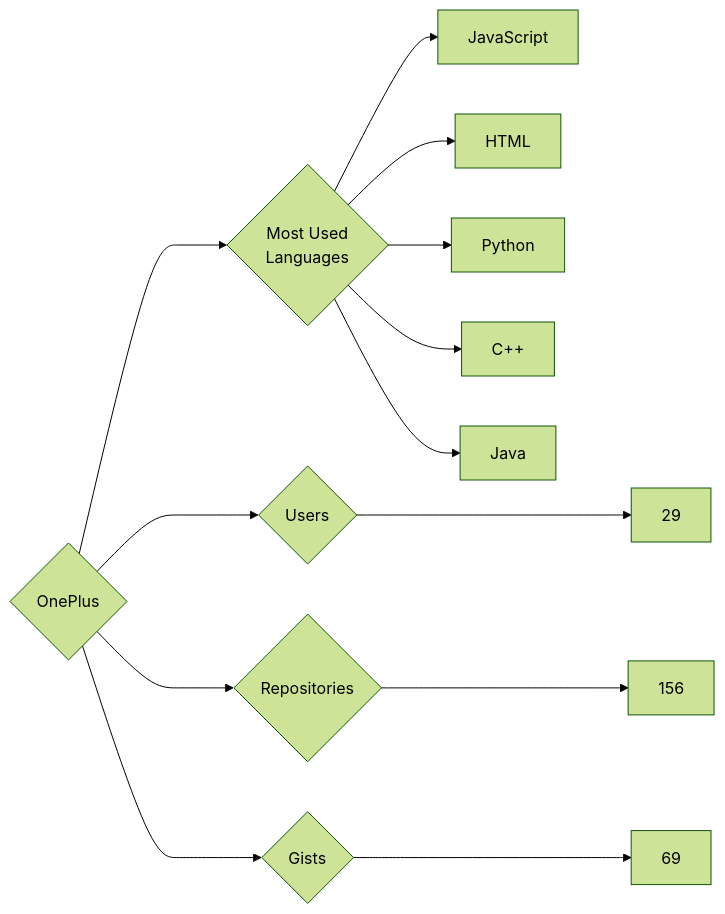
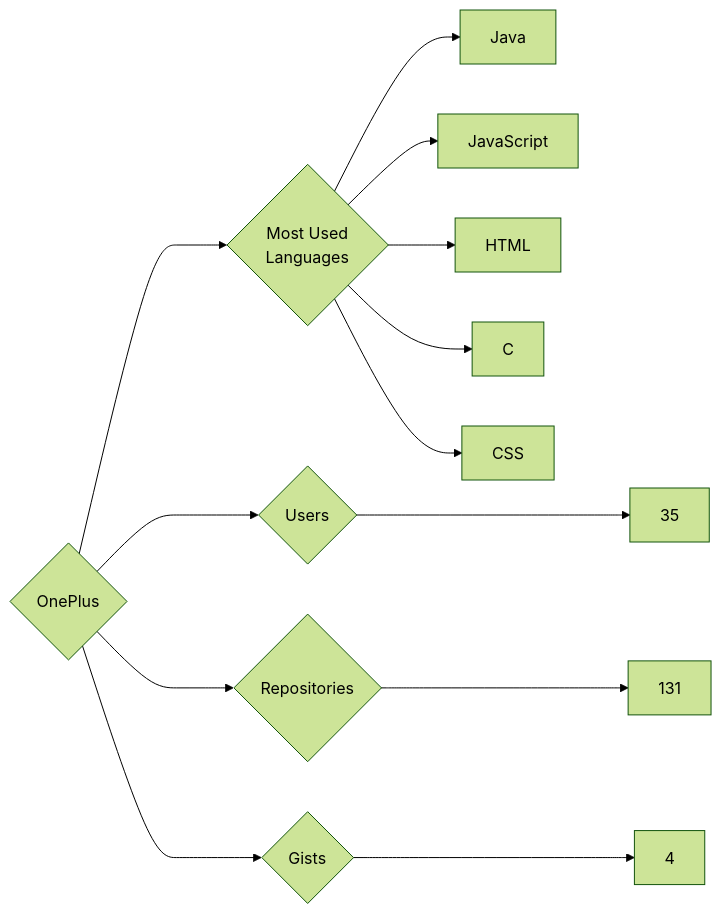
One commit to trickest/insiders changed the diagram in targets/OnePlus/README.md. Above: the diagram before and after it, drawn with Mermaid (forest theme). The commit also changed 1011 other files, not shown here.

````diff
--- a/targets/OnePlus/README.md
+++ b/targets/OnePlus/README.md
@@ -3,13 +3,13 @@
 ```mermaid
 graph LR
 COMPANY_NAME{OnePlus}
-COMPANY_NAME ---> U{Users} ---> UN[29]
-COMPANY_NAME ---> R{Repositories} ---> RN[156]
-COMPANY_NAME ---> G{Gists} ---> GN[69]
+COMPANY_NAME ---> U{Users} ---> UN[35]
+COMPANY_NAME ---> R{Repositories} ---> RN[131]
+COMPANY_NAME ---> G{Gists} ---> GN[4]
 COMPANY_NAME ---> ML{Most Used<br>Languages}
+ML --> Java[Java]
 ML --> JavaScript[JavaScript]
 ML --> HTML[HTML]
-ML --> Python[Python]
-ML --> C++[C++]
-ML --> Java[Java]
+ML --> C[C]
+ML --> CSS[CSS]
 ```
````
